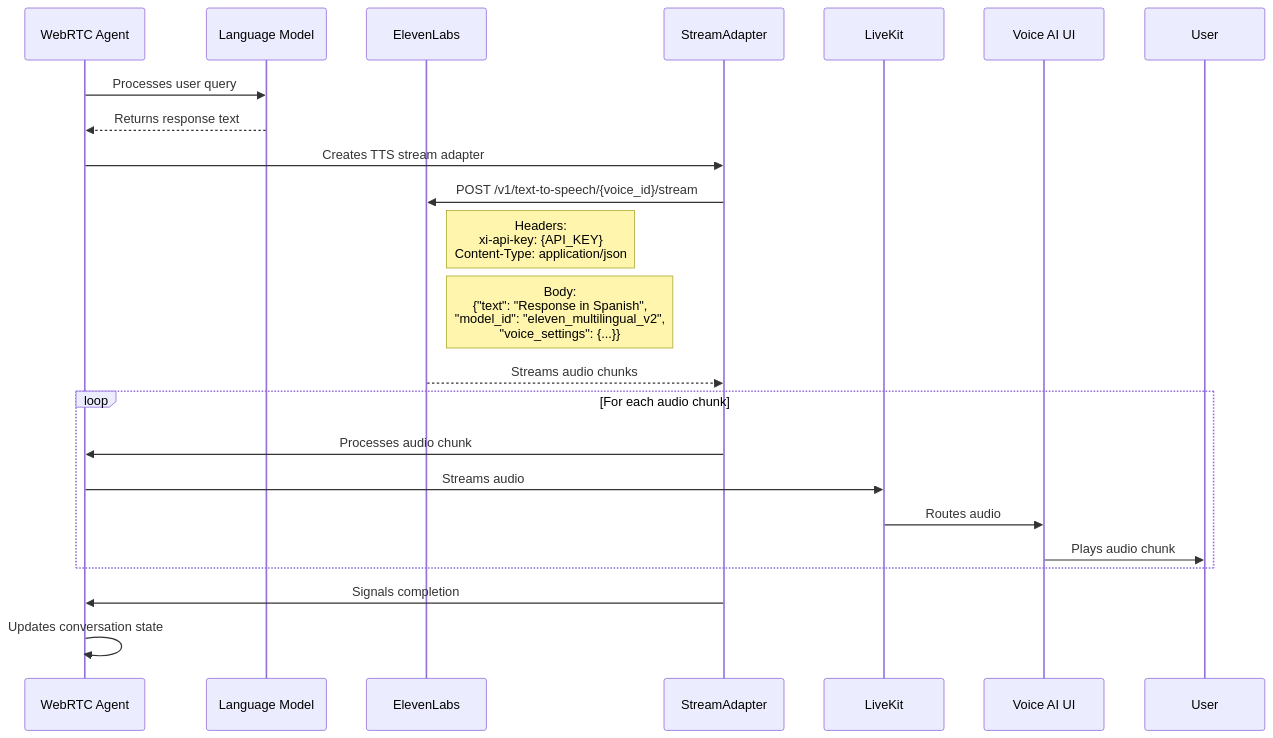
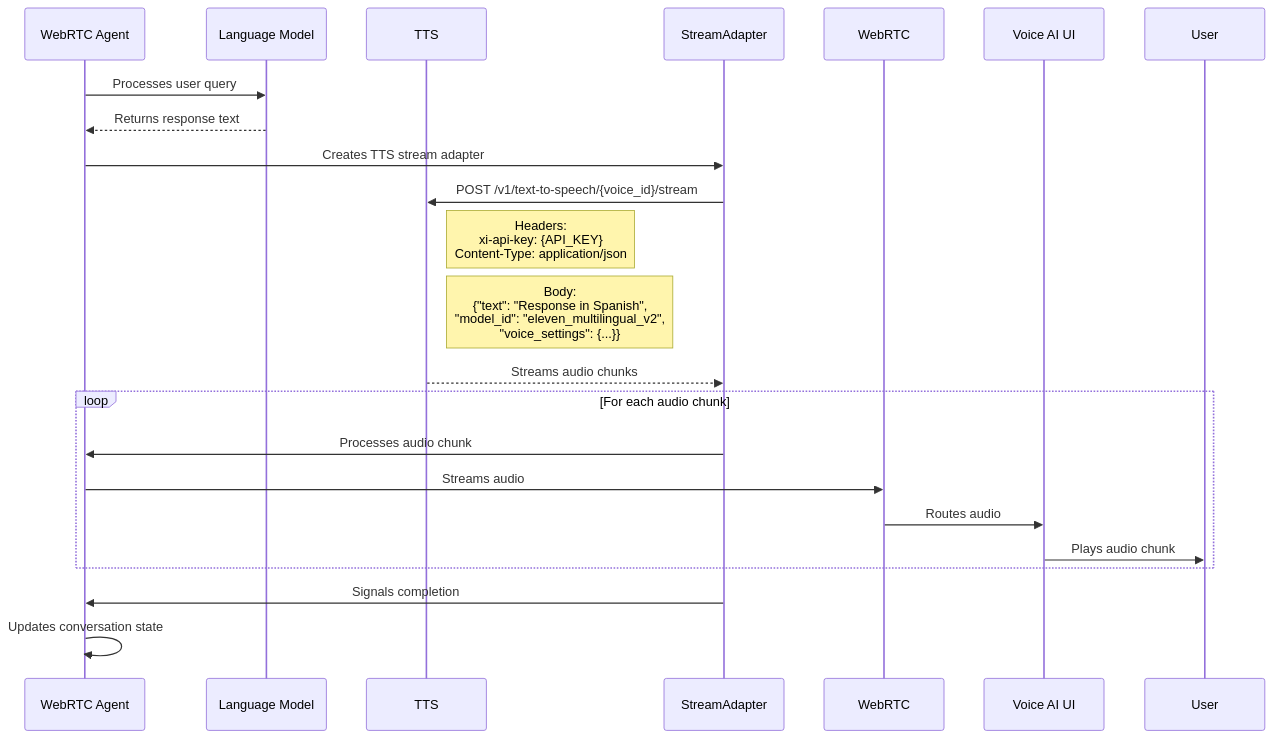
Before and after one commit to geniaops/TainaDocs: the second of 8 diagrams in docs/architecture/integration/2.6_API_Flow_Diagrams.md, drawn with Mermaid. The commit also changed other lines of this file and 17 other files, not shown here.

````diff
--- a/docs/architecture/integration/2.6_API_Flow_Diagrams.md
+++ b/docs/architecture/integration/2.6_API_Flow_Diagrams.md
@@ -103,30 +103,30 @@
 ```mermaid
 sequenceDiagram
     participant Backend as WebRTC Agent
     participant LLM as Language Model
-    participant ElevenLabs
+    participant TTS
     participant StreamAdapter
-    participant LiveKit
+    participant WebRTC
     participant Frontend as Voice AI UI
     participant User
     
     Backend->>LLM: Processes user query
     LLM-->>Backend: Returns response text
     
     Backend->>StreamAdapter: Creates TTS stream adapter
-    StreamAdapter->>ElevenLabs: POST /v1/text-to-speech/{voice_id}/stream
-    Note right of ElevenLabs: Headers:<br/>xi-api-key: {API_KEY}<br/>Content-Type: application/json
-    Note right of ElevenLabs: Body:<br/>{"text": "Response in Spanish",<br/>"model_id": "eleven_multilingual_v2",<br/>"voice_settings": {...}}
+    StreamAdapter->>TTS: POST /v1/text-to-speech/{voice_id}/stream
+    Note right of TTS: Headers:<br/>xi-api-key: {API_KEY}<br/>Content-Type: application/json
+    Note right of TTS: Body:<br/>{"text": "Response in Spanish",<br/>"model_id": "eleven_multilingual_v2",<br/>"voice_settings": {...}}
     
-    ElevenLabs-->>StreamAdapter: Streams audio chunks
+    TTS-->>StreamAdapter: Streams audio chunks
     
     loop For each audio chunk
         StreamAdapter->>Backend: Processes audio chunk
-        Backend->>LiveKit: Streams audio
-        LiveKit->>Frontend: Routes audio
+        Backend->>WebRTC: Streams audio
+        WebRTC->>Frontend: Routes audio
         Frontend->>User: Plays audio chunk
     end
     
     StreamAdapter->>Backend: Signals completion
     Backend->>Backend: Updates conversation state
 ```
````
